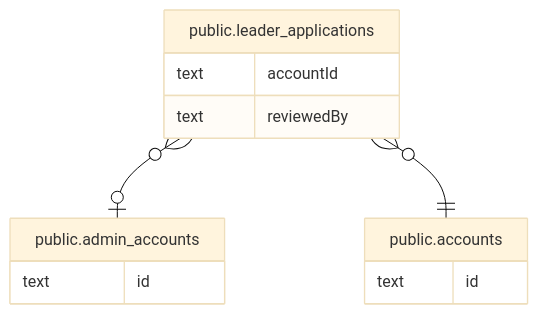
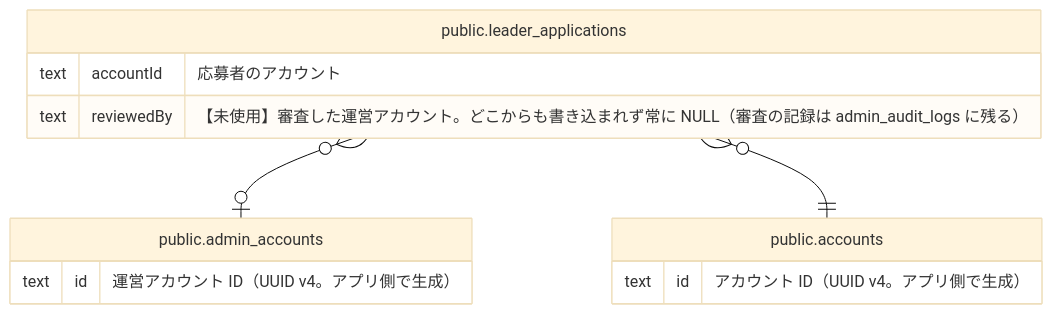
One commit to Physicalfunding/PhysiFun changed the diagram in docs/db/viewpoint-account.md. Above: the diagram before and after it, drawn with Mermaid (base theme). The commit also changed other lines of this file and 23 other files, not shown here.

````diff
--- a/docs/db/viewpoint-account.md
+++ b/docs/db/viewpoint-account.md
@@ -17,17 +17,17 @@
 ```mermaid
 erDiagram
 
 "public.leader_applications" }o--o| "public.admin_accounts" : ""
 "public.leader_applications" }o--|| "public.accounts" : ""
 
 "public.admin_accounts" {
-  text id ""
+  text id "運営アカウント ID（UUID v4。アプリ側で生成）"
 }
 "public.accounts" {
-  text id ""
+  text id "アカウント ID（UUID v4。アプリ側で生成）"
 }
 "public.leader_applications" {
-  text accountId ""
-  text reviewedBy ""
+  text accountId "応募者のアカウント"
+  text reviewedBy "【未使用】審査した運営アカウント。どこからも書き込まれず常に NULL（審査の記録は admin_audit_logs に残る）"
 }
 ```
````
